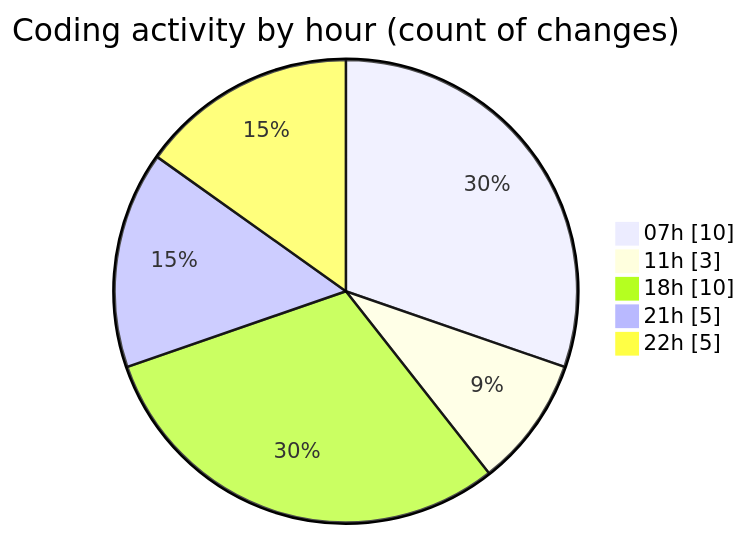
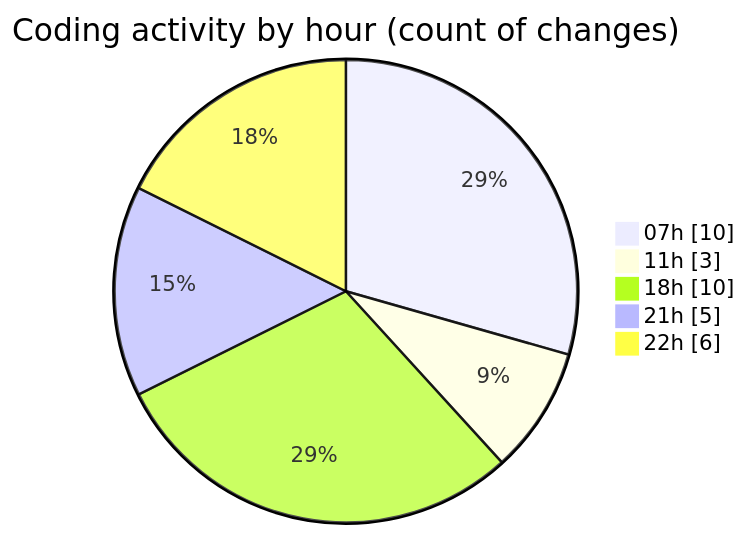
One commit to FelipKnott/code-tracking changed the second of 2 diagrams in 2025-07-12/cursor/README.md. Above: the diagram before and after it, drawn with Mermaid. The commit also changed other lines of this file and 1 other file, not shown here.

````diff
--- a/2025-07-12/cursor/README.md
+++ b/2025-07-12/cursor/README.md
@@ -38,9 +39,9 @@
 ```mermaid
 pie showData
 title Coding activity by hour (count of changes)
 "07h" : 10
 "11h" : 3
 "18h" : 10
 "21h" : 5
-"22h" : 5
+"22h" : 6
 ```
````
